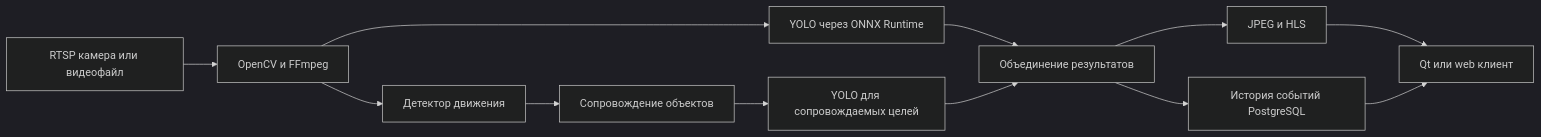
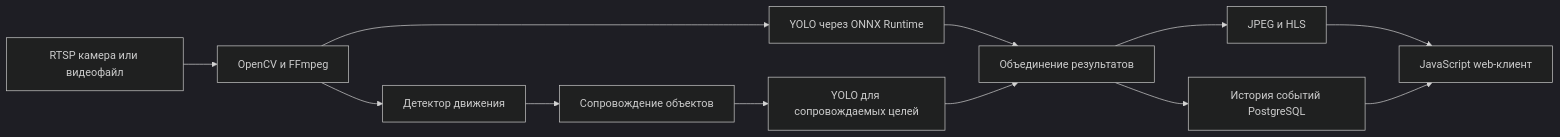
The first of 2 diagrams in README.md (alex-kudriashov/video-analytics-portfolio), drawn with Mermaid (dark theme) before and after one commit. The commit also changed other lines of this file and 11 other files, not shown here.

Commit message:
Document JavaScript client and public VPS

````diff
--- a/README.md
+++ b/README.md
@@ -9,14 +9,14 @@
 ```mermaid
 flowchart LR
     A[RTSP камера или видеофайл] --> B[OpenCV и FFmpeg]
     B --> C[Детектор движения]
     C --> D[Сопровождение объектов]
     B --> E[YOLO через ONNX Runtime]
     D --> F[YOLO для сопровождаемых целей]
     E --> G[Объединение результатов]
     F --> G
     G --> H[JPEG и HLS]
     G --> I[История событий PostgreSQL]
-    H --> J[Qt или web клиент]
+    H --> J[JavaScript web-клиент]
     I --> J
 ```
````
